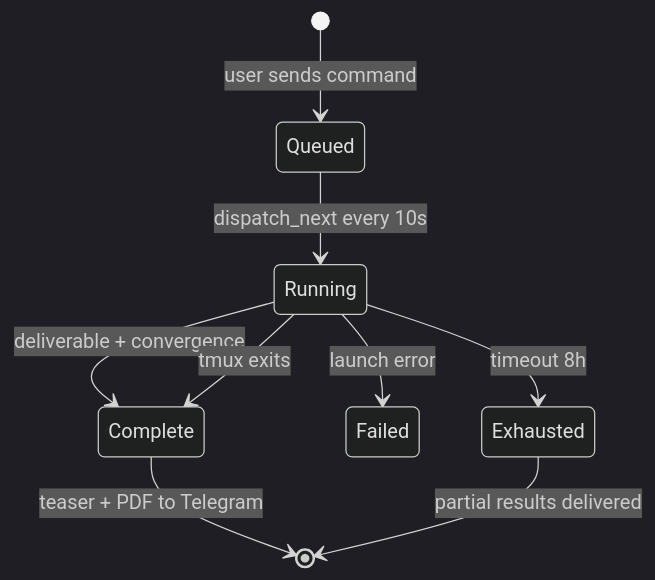
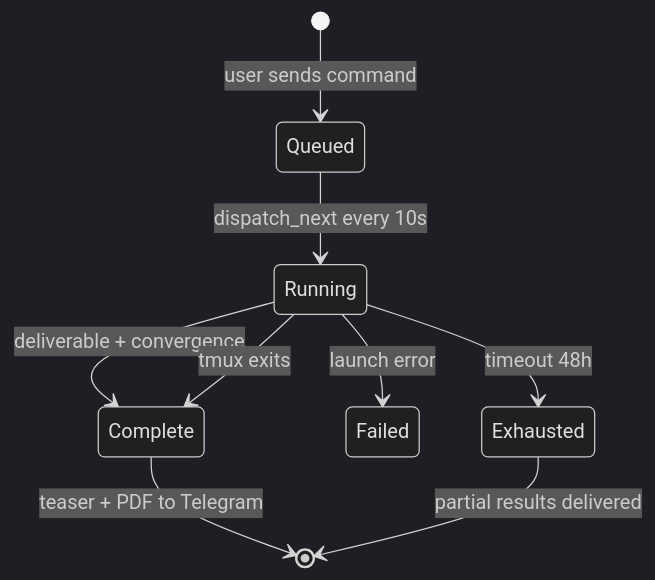
The fifth of 7 diagrams in DESIGN.md (Vahidrostami/voronoi), drawn with Mermaid (dark theme) before and after one commit. The commit also changed other lines of this file and 45 other files, not shown here.

First line of the commit message:
Update README comparison table, architecture, prerequisites, and sync docs/tests

````diff
--- a/DESIGN.md
+++ b/DESIGN.md
@@ -330,11 +378,11 @@
 ```mermaid
 stateDiagram-v2
     [*] --> Queued : user sends command
     Queued --> Running : dispatch_next every 10s
     Running --> Complete : deliverable + convergence
     Running --> Complete : tmux exits
     Running --> Failed : launch error
-    Running --> Exhausted : timeout 8h
+    Running --> Exhausted : timeout 48h
     Complete --> [*] : teaser + PDF to Telegram
     Exhausted --> [*] : partial results delivered
 ```
````
